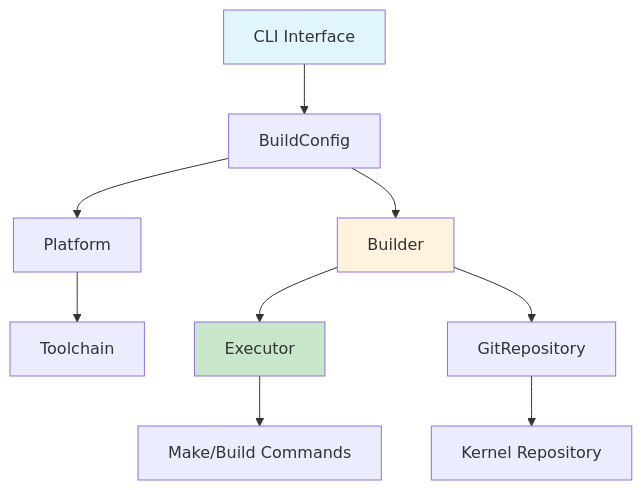
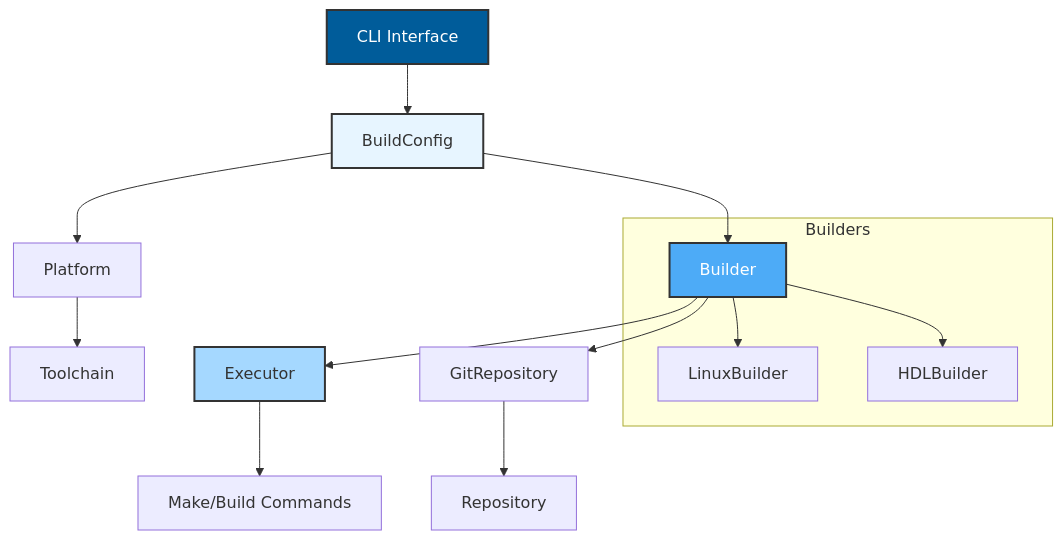
One commit to tfcollins/pyadi-build changed the first of 3 diagrams in docs/source/developer-guide/architecture.rst. Above: the diagram before and after it, drawn with Mermaid. The commit also changed other lines of this file and 5 other files, not shown here.

Commit message:
Doc diagram improvements

```diff
--- a/docs/source/developer-guide/architecture.rst
+++ b/docs/source/developer-guide/architecture.rst
@@ -9,15 +9,21 @@
 .. mermaid::
 
    graph TB
        CLI[CLI Interface] --> Config[BuildConfig]
        Config --> Platform[Platform]
        Config --> Builder[Builder]
        Platform --> Toolchain[Toolchain]
        Builder --> Executor[Executor]
        Builder --> Git[GitRepository]
        Executor --> Make[Make/Build Commands]
-       Git --> Repo[Kernel Repository]
+       Git --> Repo[Repository]
 
-       style CLI fill:#e1f5ff
-       style Builder fill:#fff3e0
-       style Executor fill:#c8e6c9
+       subgraph Builders
+       Builder --> Linux[LinuxBuilder]
+       Builder --> HDL[HDLBuilder]
+       end
+
+       style CLI fill:#005c9a,stroke:#333,stroke-width:2px,color:#fff
+       style Builder fill:#4dabf7,stroke:#333,stroke-width:2px,color:#fff
+       style Executor fill:#a5d8ff,stroke:#333,stroke-width:2px
+       style Config fill:#e7f5ff,stroke:#333,stroke-width:2px
```
